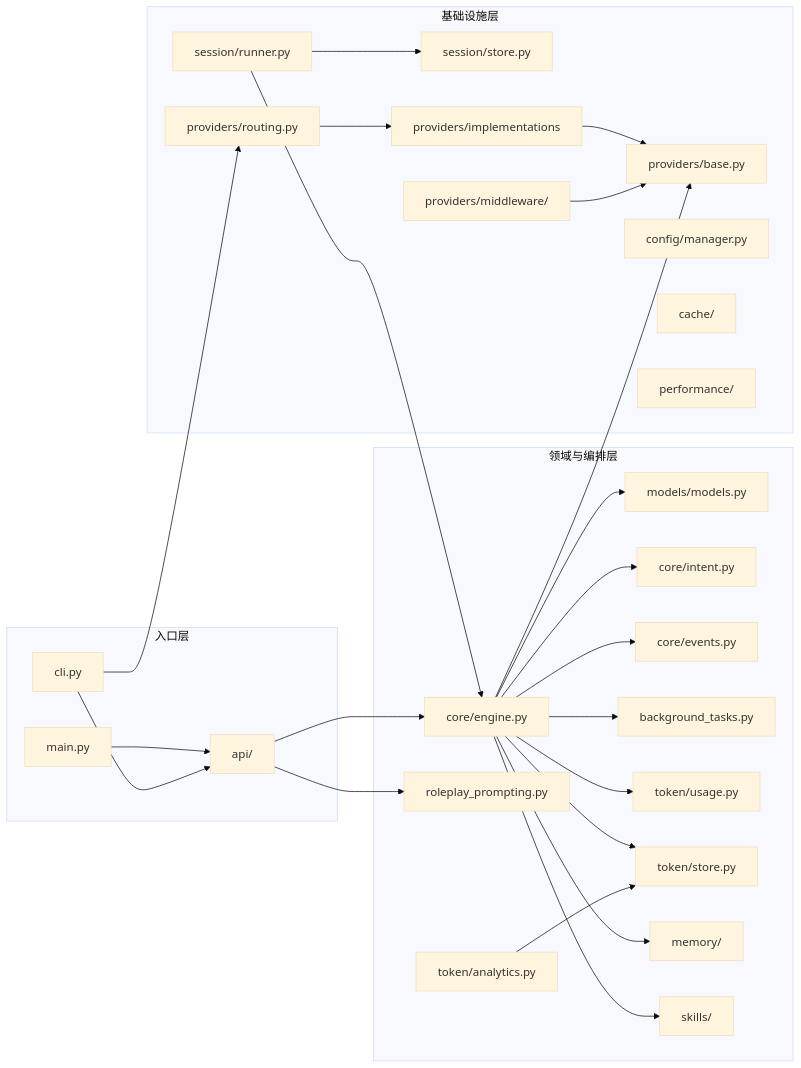
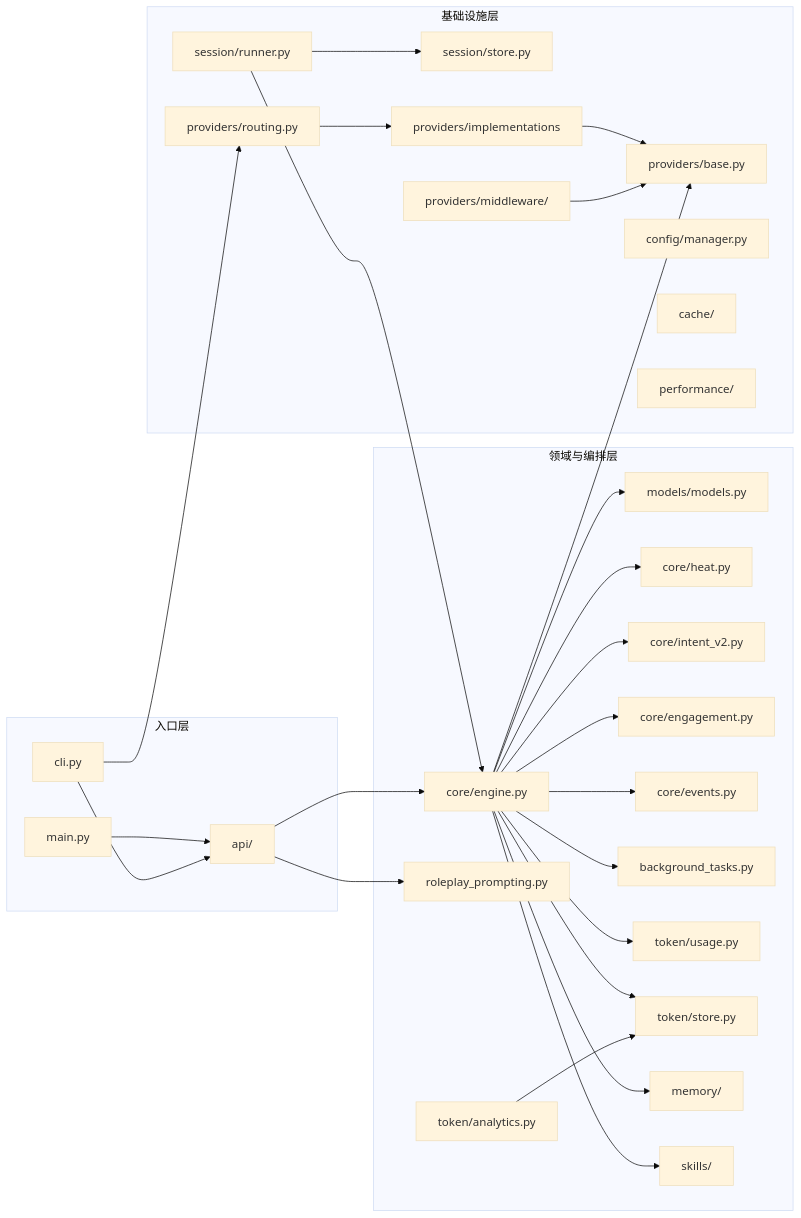
Before and after one commit to Sparrived/SiriusChat: the second of 3 diagrams in docs/full-architecture-flow.md, drawn with Mermaid (base theme). The commit also changed other lines of this file and 17 other files, not shown here.

````diff
--- a/docs/full-architecture-flow.md
+++ b/docs/full-architecture-flow.md
@@ -58,55 +58,59 @@
 ```mermaid
 flowchart LR
     subgraph Entry[入口层]
       CLI[cli.py]
       PublicAPI[api/]
       Main[main.py]
     end
 
     subgraph Domain[领域与编排层]
       Models[models/models.py]
       Engine[core/engine.py]
-      Intent[core/intent.py]
+      Heat[core/heat.py]
+      IntentV2[core/intent_v2.py]
+      Engagement[core/engagement.py]
       Events[core/events.py]
       Prompting[roleplay_prompting.py]
       BgTasks[background_tasks.py]
       TokenUsage[token/usage.py]
       TokenStore[token/store.py]
       TokenAnalytics[token/analytics.py]
       Memory[memory/]
       Skills[skills/]
     end
 
     subgraph Infra[基础设施层]
       SessionStore[session/store.py]
       SessionRunner[session/runner.py]
       Routing[providers/routing.py]
       ProviderBase[providers/base.py]
       Middleware["providers/middleware/"]
       ProviderImpl[providers/implementations]
       ConfigMgr[config/manager.py]
       Cache[cache/]
       Perf[performance/]
     end
 
     Main --> PublicAPI
     CLI --> PublicAPI
     PublicAPI --> Engine
     PublicAPI --> Prompting
     Engine --> Models
     Engine --> Memory
-    Engine --> Intent
+    Engine --> Heat
+    Engine --> IntentV2
+    Engine --> Engagement
     Engine --> Events
     Engine --> BgTasks
     Engine --> TokenUsage
     Engine --> TokenStore
     TokenAnalytics --> TokenStore
     Engine --> ProviderBase
     Engine --> Skills
     Routing --> ProviderImpl
     ProviderImpl --> ProviderBase
     Middleware --> ProviderBase
     CLI --> Routing
     SessionRunner --> Engine
     SessionRunner --> SessionStore
 ```
````
